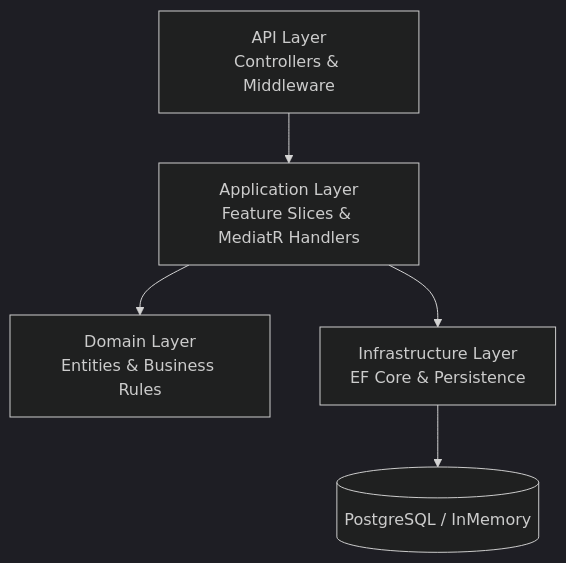
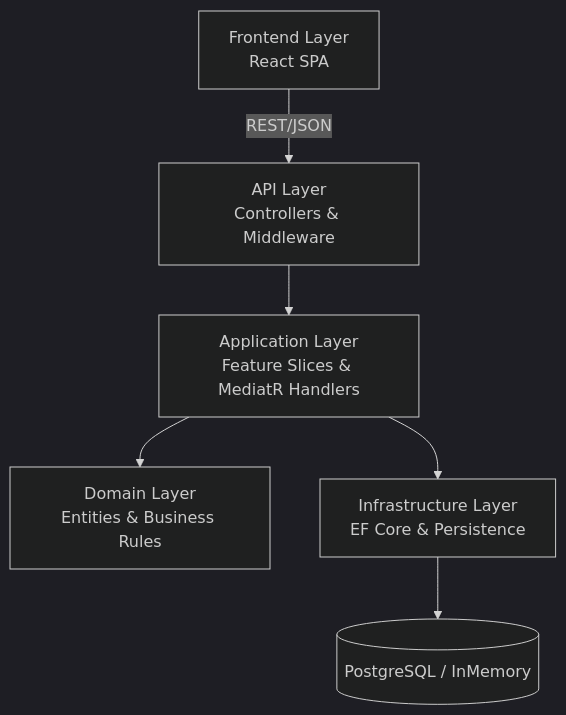
Before and after one commit to JurreBrandsenInfoSupport/modern-copilot-.NET-Todo-app: the diagram in README.md, drawn with Mermaid (dark theme). The commit also changed other lines of this file and 5 other files, not shown here.

First line of the commit message:
docs: update Arc42 and README for React frontend

````diff
--- a/README.md
+++ b/README.md
@@ -23,7 +57,8 @@
 ```mermaid
 graph TD
+    F[Frontend Layer<br/>React SPA] -->|REST/JSON| A
     A[API Layer<br/>Controllers & Middleware] --> B[Application Layer<br/>Feature Slices & MediatR Handlers]
     B --> C[Domain Layer<br/>Entities & Business Rules]
     B --> D[Infrastructure Layer<br/>EF Core & Persistence]
     D --> E[(PostgreSQL / InMemory)]
 ```
````
